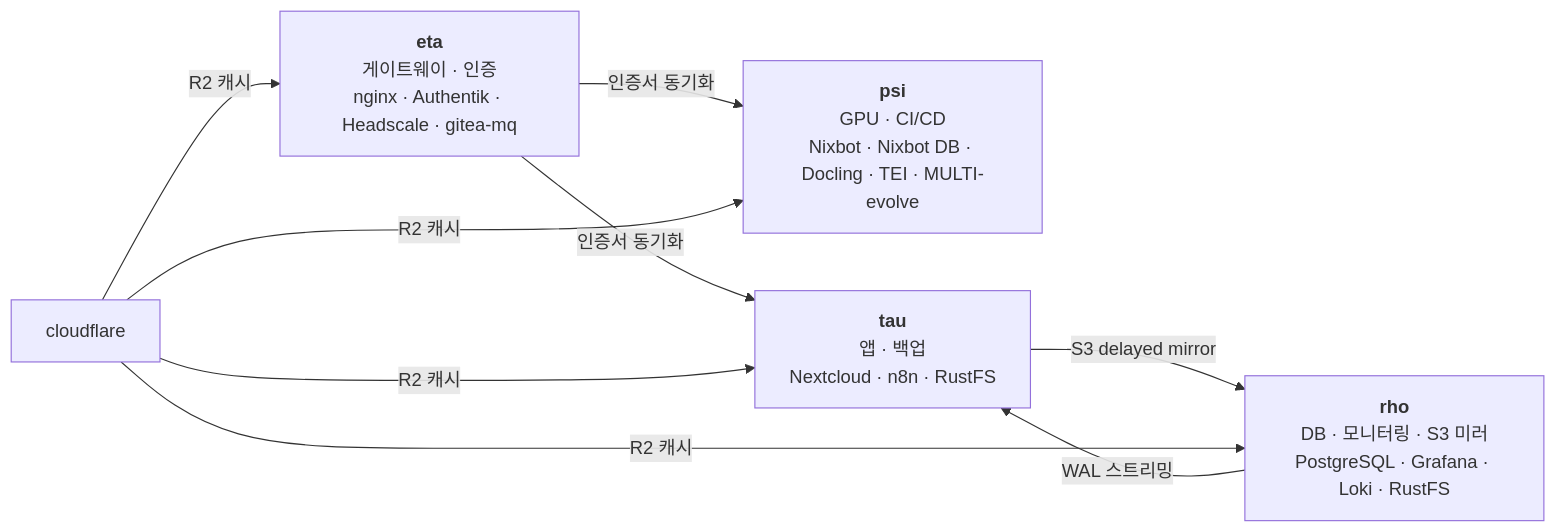
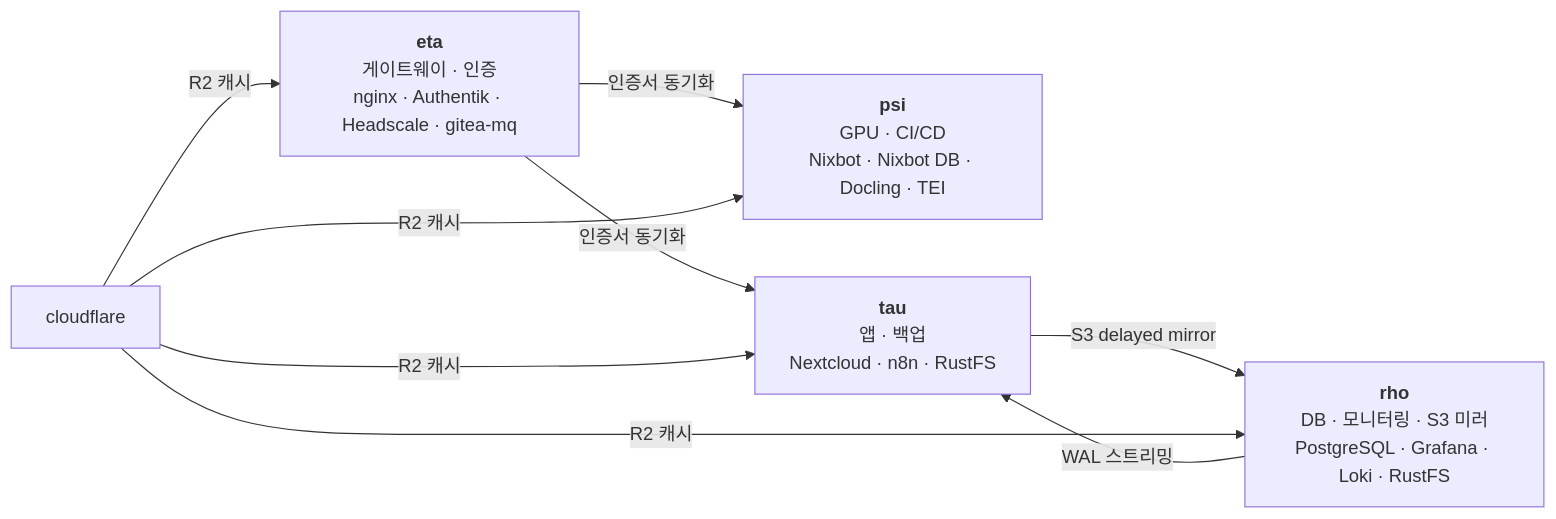
One commit to SBEE-Lab/infra changed the first of 2 diagrams in docs/admin/architecture.md. Above: the diagram before and after it, drawn with Mermaid. The commit also changed other lines of this file and 29 other files, not shown here.

````diff
--- a/docs/admin/architecture.md
+++ b/docs/admin/architecture.md
@@ -13,12 +13,12 @@
 ```mermaid
 graph LR
   eta["<b>eta</b><br/>게이트웨이 · 인증<br/>nginx · Authentik · Headscale · gitea-mq"]
-  psi["<b>psi</b><br/>GPU · CI/CD<br/>Nixbot · Nixbot DB · Docling · TEI · MULTI-evolve"]
+  psi["<b>psi</b><br/>GPU · CI/CD<br/>Nixbot · Nixbot DB · Docling · TEI"]
   rho["<b>rho</b><br/>DB · 모니터링 · S3 미러<br/>PostgreSQL · Grafana · Loki · RustFS"]
   tau["<b>tau</b><br/>앱 · 백업<br/>Nextcloud · n8n · RustFS"]
 
   eta -- "인증서 동기화" --> psi & tau
   rho -- "WAL 스트리밍" --> tau
   tau -- "S3 delayed mirror" --> rho
   cloudflare -- "R2 캐시" --> psi & rho & tau & eta
 ```
````
